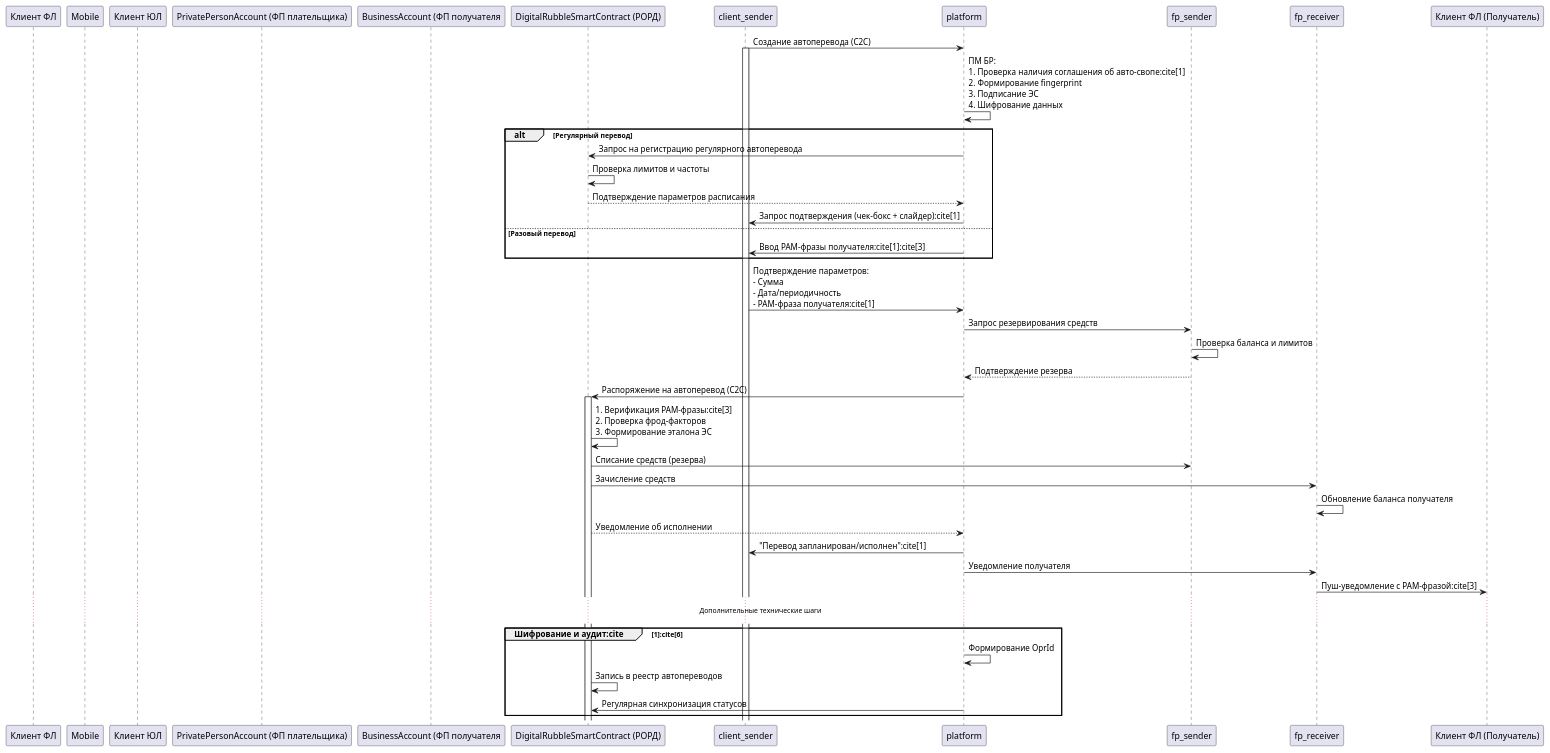
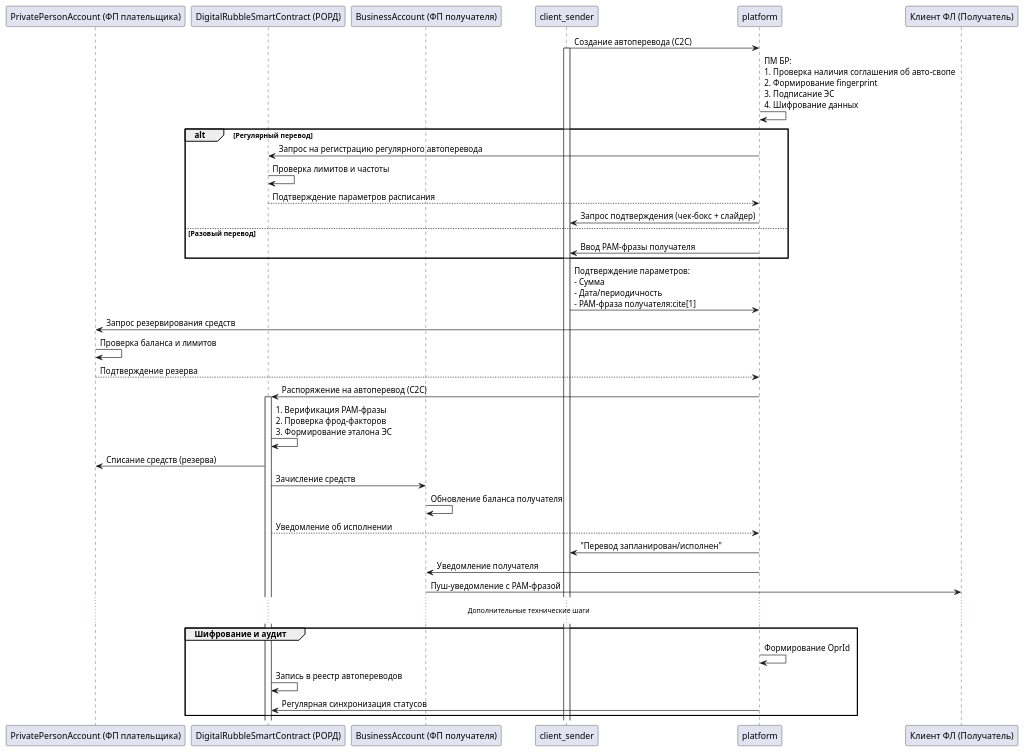
One commit to codez0mb1e/cbdc-architecture changed the diagram in case3.puml. Above: the diagram before and after it, drawn with PlantUML. The commit also changed 3 other files, not shown here.

```diff
--- a/case3.puml
+++ b/case3.puml
@@ -1,51 +1,48 @@
 @startuml CASE-1 payment
-participant "Клиент ФЛ" as client_fl
-participant "Mobile" as mobile
-participant "Клиент ЮЛ" as client_ul
-participant "PrivatePersonAccount (ФП плательщика)" as fp_in
-participant "BusinessAccount (ФП получателя" as fp_out
+participant "PrivatePersonAccount (ФП плательщика)" as fp_sender
 participant "DigitalRubbleSmartContract (РОРД)" as cb
+participant "BusinessAccount (ФП получателя)" as fp_receiver
 
 
 
 client_sender -> platform: Создание автоперевода (C2C)
 activate client_sender
 
-platform -> platform: ПМ БР: \n1. Проверка наличия соглашения об авто-свопе:cite[1] \n2. Формирование fingerprint \n3. Подписание ЭС \n4. Шифрование данных
+platform -> platform: ПМ БР: \n1. Проверка наличия соглашения об авто-свопе \n2. Формирование fingerprint \n3. Подписание ЭС \n4. Шифрование данных
 
 alt Регулярный перевод
 platform -> cb: Запрос на регистрацию регулярного автоперевода
 cb -> cb: Проверка лимитов и частоты
 cb --> platform: Подтверждение параметров расписания
-platform -> client_sender: Запрос подтверждения (чек-бокс + слайдер):cite[1]
+platform -> client_sender: Запрос подтверждения (чек-бокс + слайдер)
 else Разовый перевод
-platform -> client_sender: Ввод PAM-фразы получателя:cite[1]:cite[3]
+platform -> client_sender: Ввод PAM-фразы получателя
 end
 
 client_sender -> platform: Подтверждение параметров: \n- Сумма \n- Дата/периодичность \n- PAM-фраза получателя:cite[1]
 
 platform -> fp_sender: Запрос резервирования средств
 fp_sender -> fp_sender: Проверка баланса и лимитов
 fp_sender --> platform: Подтверждение резерва
 
 platform -> cb: Распоряжение на автоперевод (C2C)
 activate cb
-cb -> cb: 1. Верификация PAM-фразы:cite[3]\n2. Проверка фрод-факторов\n3. Формирование эталона ЭС
+cb -> cb: 1. Верификация PAM-фразы\n2. Проверка фрод-факторов\n3. Формирование эталона ЭС
 
 cb -> fp_sender: Списание средств (резерва)
 cb -> fp_receiver: Зачисление средств
 fp_receiver -> fp_receiver: Обновление баланса получателя
 
 cb --> platform: Уведомление об исполнении
-platform -> client_sender: "Перевод запланирован/исполнен":cite[1]
+platform -> client_sender: "Перевод запланирован/исполнен"
 platform -> fp_receiver: Уведомление получателя
-fp_receiver -> "Клиент ФЛ (Получатель)": Пуш-уведомление с PAM-фразой:cite[3]
+fp_receiver -> "Клиент ФЛ (Получатель)": Пуш-уведомление с PAM-фразой
 
 ... Дополнительные технические шаги ...
-group Шифрование и аудит:cite[1]:cite[6]
+group Шифрование и аудит
 platform -> platform: Формирование OprId
 cb -> cb: Запись в реестр автопереводов
 platform -> cb: Регулярная синхронизация статусов
 end
 
 @enduml
```
